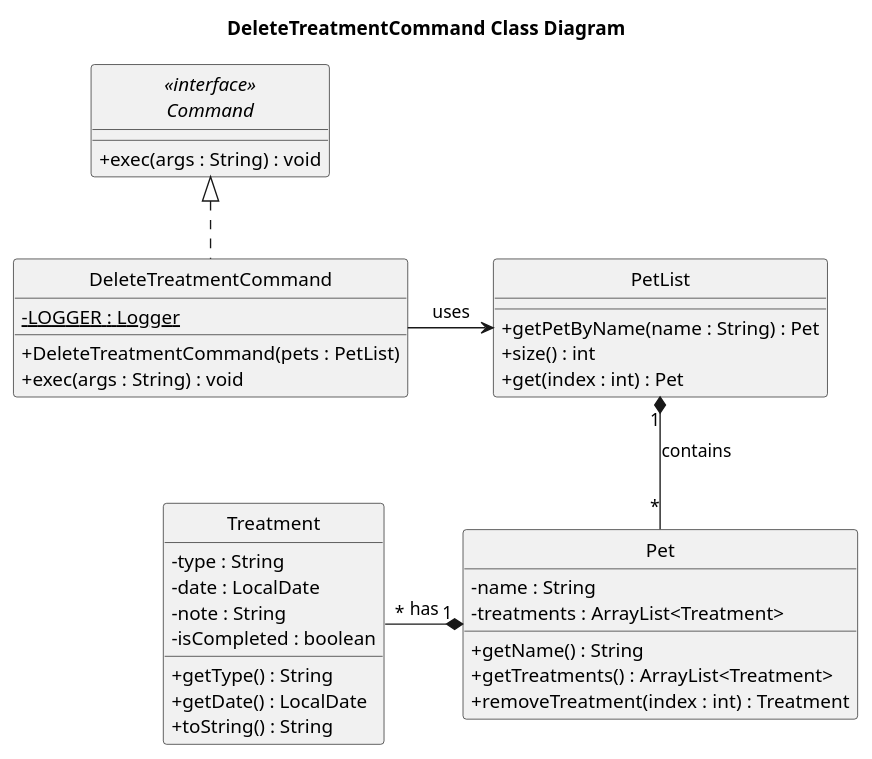
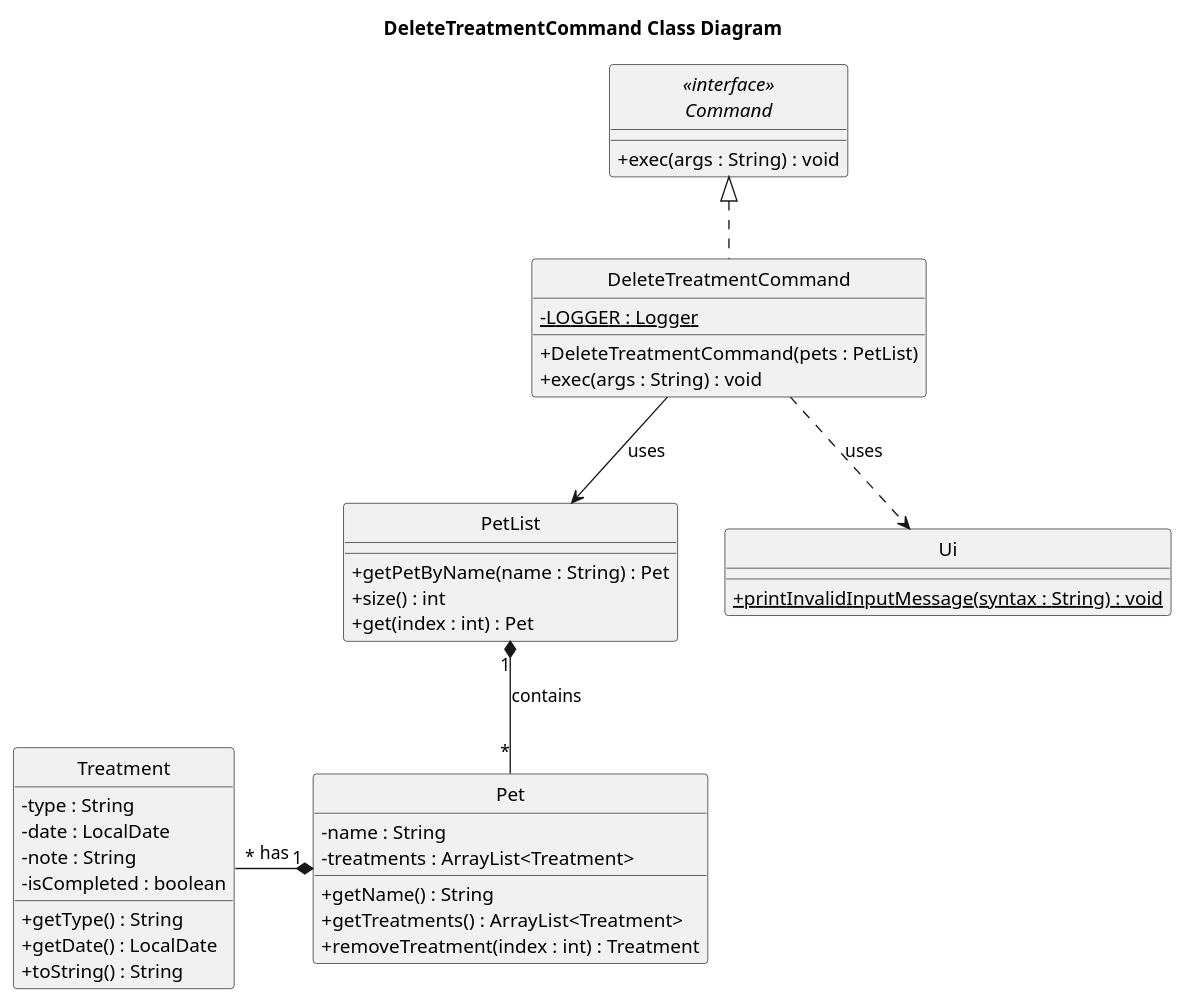
Before and after one commit to Kevin88866/tp: the diagram in docs/uml/DeleteTreatmentCommandClass.puml, drawn with PlantUML. The commit also changed 1 other file, not shown here.

Commit message:
Update class diagrams to include dependency on Ui

```diff
--- a/docs/uml/DeleteTreatmentCommandClass.puml
+++ b/docs/uml/DeleteTreatmentCommandClass.puml
@@ -1,45 +1,50 @@
 @startuml
 skinparam classAttributeIconSize 0
 hide circle
 title DeleteTreatmentCommand Class Diagram
 
 class DeleteTreatmentCommand {
     - {static} LOGGER : Logger
     + DeleteTreatmentCommand(pets : PetList)
     + exec(args : String) : void
 }
 
 interface "<<interface>>\nCommand" as Command {
     + exec(args : String) : void
 }
 
 class PetList {
     + getPetByName(name : String) : Pet
     + size() : int
     + get(index : int) : Pet
 }
 
 class Pet {
     - name : String
     - treatments : ArrayList<Treatment>
     + getName() : String
     + getTreatments() : ArrayList<Treatment>
     + removeTreatment(index : int) : Treatment
 }
 
 class Treatment {
     - type : String
     - date : LocalDate
     - note : String
     - isCompleted : boolean
     + getType() : String
     + getDate() : LocalDate
     + toString() : String
 }
 
+class Ui {
+    + {static} printInvalidInputMessage(syntax : String) : void
+}
+
 Command <|.. DeleteTreatmentCommand
-DeleteTreatmentCommand -right-> PetList : uses
+DeleteTreatmentCommand -down-> PetList : uses
+DeleteTreatmentCommand ..> Ui : uses
 PetList "1" *-- "*" Pet : contains
 Pet "1" *-left- "*" Treatment : has
 
 @enduml
```
